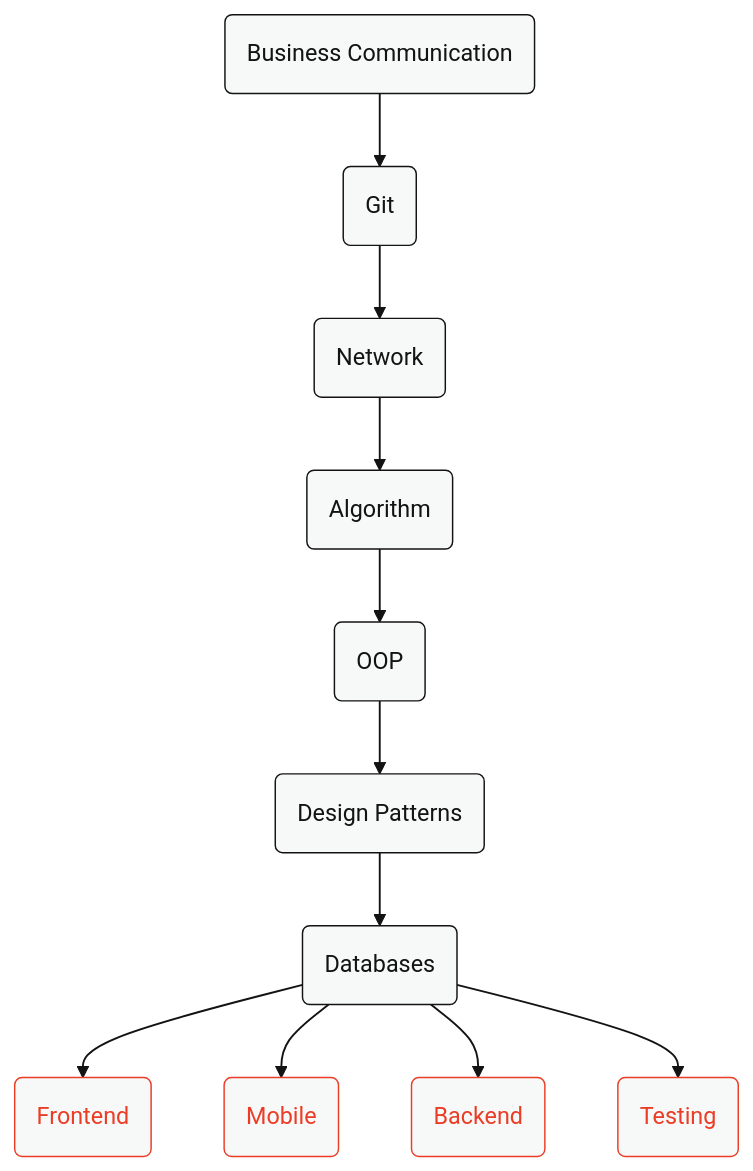
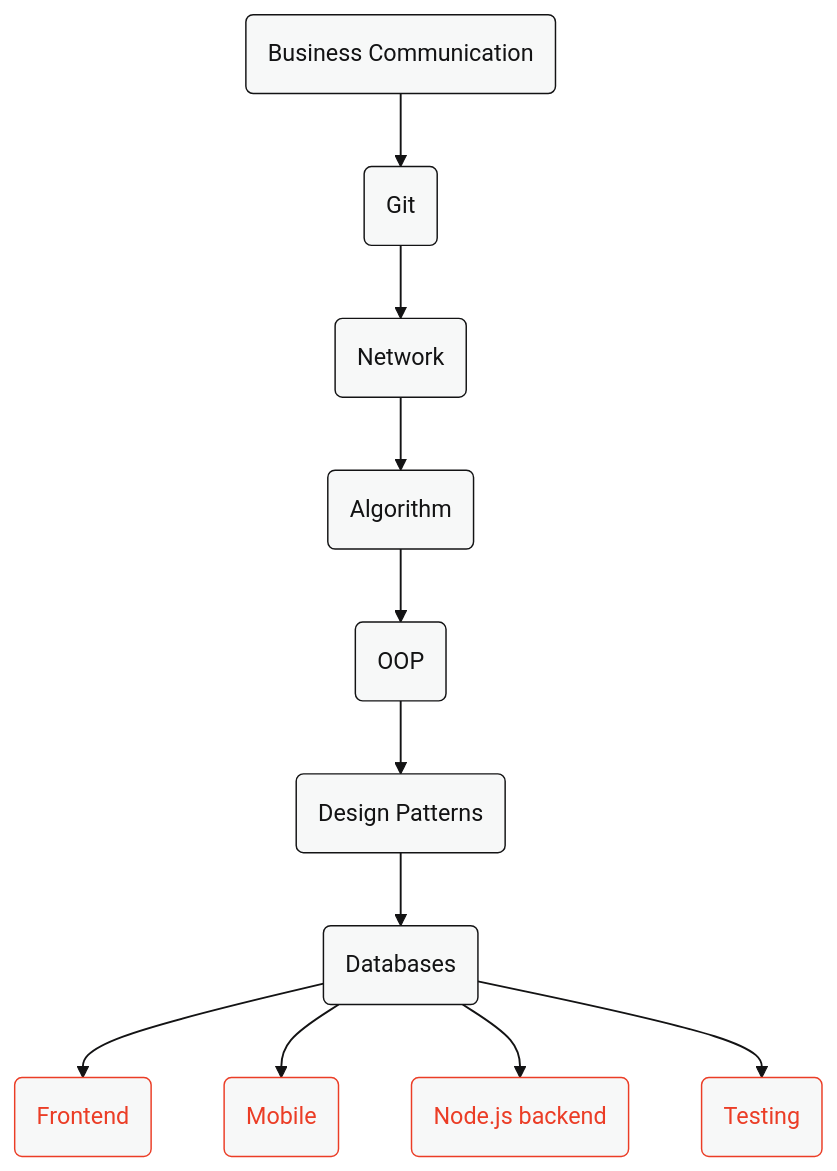
The diagram in roadmaps/fundamentals/readme.md (ArtemySinitsa/BackendBoost), drawn with Mermaid (base theme) before and after one commit. The commit also changed 7 other files, not shown here.

Commit message:
fix: Backend -> Node.js backend

````diff
--- a/roadmaps/fundamentals/readme.md
+++ b/roadmaps/fundamentals/readme.md
@@ -14,42 +14,42 @@
 ```mermaid
 %%{init: { "fontFamily": "Sans-Serif" } }%%
 
 graph TD
     business-communication(Business Communication) --> git(Git)
     git --> network(Network)
     network --> algorithm(Algorithm)
     algorithm --> oop(OOP)
     oop --> patterns(Design Patterns)
     patterns --> databases(Databases)
     databases --> frontend(Frontend)
     databases --> mobile(Mobile)
-    databases --> backend(Backend)
+    databases --> nodejs-backend(Node.js backend)
     databases --> testing(Testing)
 
 %% Skills
 click business-communication "ArtemySinitsa/labs/blob/main/skills/business-communication/readme.md"
 click git "ArtemySinitsa/labs/blob/main/skills/git/readme.md"
 click network "ArtemySinitsa/labs/blob/main/skills/network/readme.md"
 click algorithm "ArtemySinitsa/labs/blob/main/skills/algorithm/readme.md"
 click oop "ArtemySinitsa/labs/blob/main/skills/oop/readme.md"
 click patterns "ArtemySinitsa/labs/blob/main/skills/patterns/readme.md"
 click databases "ArtemySinitsa/labs/blob/main/skills/databases/readme.md"
 
 
 class business-communication,git,network,algorithm,oop,patterns,databases skill
 
 
 %% Roadmaps
 click frontend "ArtemySinitsa/labs/blob/main/roadmaps/frontend/readme.md"
 click testing "ArtemySinitsa/labs/blob/main/roadmaps/testing/readme.md"
 click mobile "ArtemySinitsa/labs/blob/main/roadmaps/mobile/readme.md"
-click backend "ArtemySinitsa/labs/blob/main/roadmaps/backend/readme.md"
+click nodejs-backend "ArtemySinitsa/labs/blob/main/roadmaps/nodejs-backend/readme.md"
 
-class frontend,testing,mobile,backend roadmap
+class frontend,testing,mobile,nodejs-backend roadmap
 
 classDef skill fill:#f7f8f8,stroke:#131314,stroke-width:1px,color:#131314
 classDef roadmap fill:#f7f8f8,stroke:#EB3D26,stroke-width:1px,color:#EB3D26
 
 linkStyle default fill:none,stroke-width:1.3px,stroke:#131314
 
 ```
````
